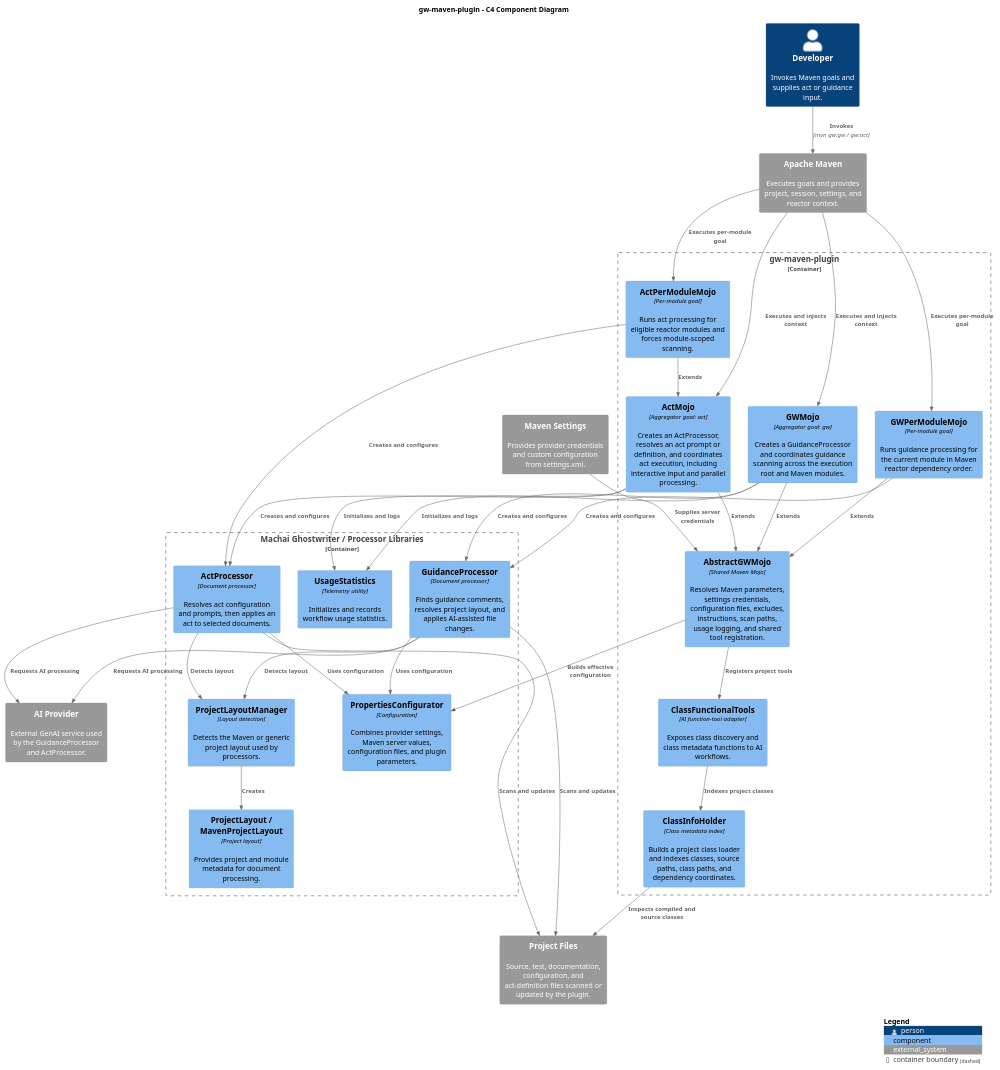
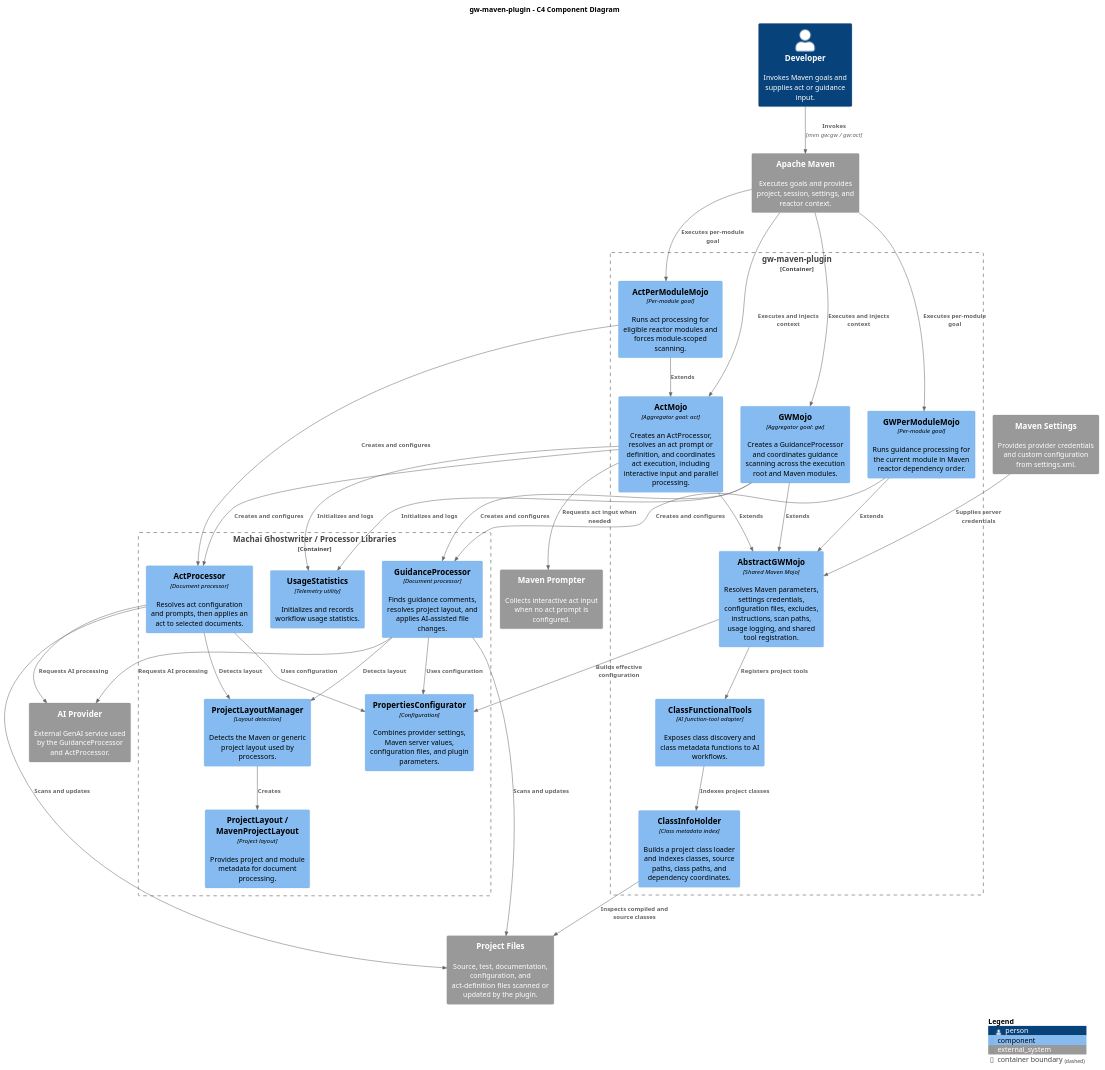
Before and after one commit to machanism-org/machai: the diagram in gw-maven-plugin/src/site/puml/project-structure/c4-diagram.puml, drawn with PlantUML. The commit also changed 76 other files, not shown here.

```diff
--- a/gw-maven-plugin/src/site/puml/project-structure/c4-diagram.puml
+++ b/gw-maven-plugin/src/site/puml/project-structure/c4-diagram.puml
@@ -10,66 +10,68 @@
 @startuml gw-maven-plugin-components
 !include <C4/C4_Component>
 
 LAYOUT_WITH_LEGEND()
 
 title gw-maven-plugin - C4 Component Diagram
 
 Person(developer, "Developer", "Invokes Maven goals and supplies act or guidance input.")
 
 System_Ext(maven, "Apache Maven", "Executes goals and provides project, session, settings, and reactor context.")
 System_Ext(maven_settings, "Maven Settings", "Provides provider credentials and custom configuration from settings.xml.")
+System_Ext(prompter, "Maven Prompter", "Collects interactive act input when no act prompt is configured.")
 System_Ext(ai_provider, "AI Provider", "External GenAI service used by the GuidanceProcessor and ActProcessor.")
 System_Ext(project_files, "Project Files", "Source, test, documentation, configuration, and act-definition files scanned or updated by the plugin.")
 
 Container_Boundary(plugin, "gw-maven-plugin") {
     Component(abstract_mojo, "AbstractGWMojo", "Shared Maven Mojo", "Resolves Maven parameters, settings credentials, configuration files, excludes, instructions, scan paths, usage logging, and shared tool registration.")
     Component(gw_mojo, "GWMojo", "Aggregator goal: gw", "Creates a GuidanceProcessor and coordinates guidance scanning across the execution root and Maven modules.")
     Component(act_mojo, "ActMojo", "Aggregator goal: act", "Creates an ActProcessor, resolves an act prompt or definition, and coordinates act execution, including interactive input and parallel processing.")
     Component(gw_per_module_mojo, "GWPerModuleMojo", "Per-module goal", "Runs guidance processing for the current module in Maven reactor dependency order.")
     Component(act_per_module_mojo, "ActPerModuleMojo", "Per-module goal", "Runs act processing for eligible reactor modules and forces module-scoped scanning.")
     Component(class_tools, "ClassFunctionalTools", "AI function-tool adapter", "Exposes class discovery and class metadata functions to AI workflows.")
     Component(class_info_holder, "ClassInfoHolder", "Class metadata index", "Builds a project class loader and indexes classes, source paths, class paths, and dependency coordinates.")
 }
 
 Container_Boundary(ghostwriter, "Machai Ghostwriter / Processor Libraries") {
     Component(guidance_processor, "GuidanceProcessor", "Document processor", "Finds guidance comments, resolves project layout, and applies AI-assisted file changes.")
     Component(act_processor, "ActProcessor", "Document processor", "Resolves act configuration and prompts, then applies an act to selected documents.")
     Component(project_layout_manager, "ProjectLayoutManager", "Layout detection", "Detects the Maven or generic project layout used by processors.")
     Component(project_layout, "ProjectLayout / MavenProjectLayout", "Project layout", "Provides project and module metadata for document processing.")
     Component(configurator, "PropertiesConfigurator", "Configuration", "Combines provider settings, Maven server values, configuration files, and plugin parameters.")
     Component(usage_stats, "UsageStatistics", "Telemetry utility", "Initializes and records workflow usage statistics.")
 }
 
 Rel(developer, maven, "Invokes", "mvn gw:gw / gw:act")
 Rel(maven, gw_mojo, "Executes and injects context")
 Rel(maven, act_mojo, "Executes and injects context")
 Rel(maven, gw_per_module_mojo, "Executes per-module goal")
 Rel(maven, act_per_module_mojo, "Executes per-module goal")
 Rel(maven_settings, abstract_mojo, "Supplies server credentials")
+Rel(act_mojo, prompter, "Requests act input when needed")
 Rel(abstract_mojo, configurator, "Builds effective configuration")
 Rel(abstract_mojo, class_tools, "Registers project tools")
 
 Rel(gw_mojo, abstract_mojo, "Extends")
 Rel(act_mojo, abstract_mojo, "Extends")
 Rel(gw_per_module_mojo, abstract_mojo, "Extends")
 Rel(act_per_module_mojo, act_mojo, "Extends")
 Rel(gw_mojo, guidance_processor, "Creates and configures")
 Rel(act_mojo, act_processor, "Creates and configures")
 Rel(gw_per_module_mojo, guidance_processor, "Creates and configures")
 Rel(act_per_module_mojo, act_processor, "Creates and configures")
 Rel(guidance_processor, project_layout_manager, "Detects layout")
 Rel(act_processor, project_layout_manager, "Detects layout")
 Rel(project_layout_manager, project_layout, "Creates")
 Rel(guidance_processor, configurator, "Uses configuration")
 Rel(act_processor, configurator, "Uses configuration")
 Rel(guidance_processor, project_files, "Scans and updates")
 Rel(act_processor, project_files, "Scans and updates")
 Rel(guidance_processor, ai_provider, "Requests AI processing")
 Rel(act_processor, ai_provider, "Requests AI processing")
 Rel(class_tools, class_info_holder, "Indexes project classes")
 Rel(class_info_holder, project_files, "Inspects compiled and source classes")
 Rel(gw_mojo, usage_stats, "Initializes and logs")
 Rel(act_mojo, usage_stats, "Initializes and logs")
 
 SHOW_LEGEND()
 @enduml
```
